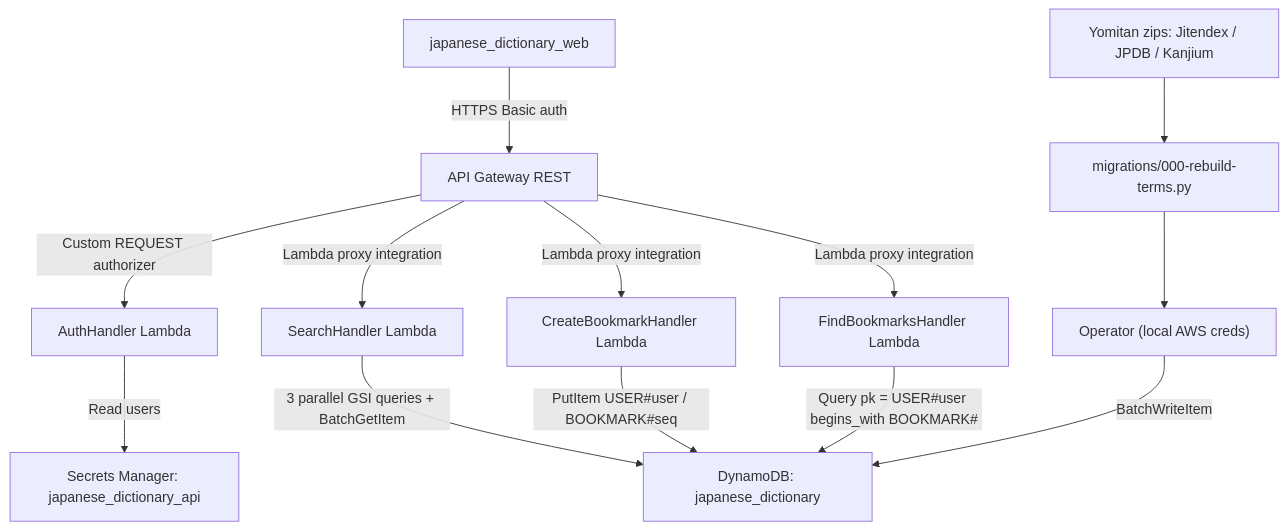
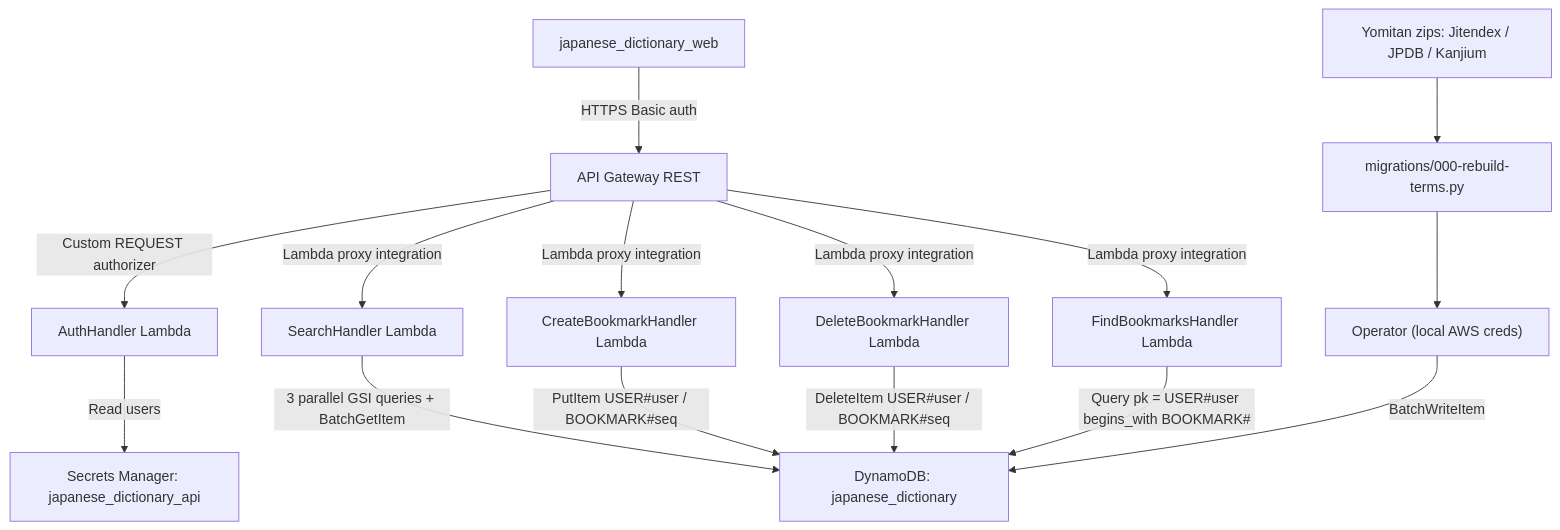
The first of 4 diagrams in japanese_dictionary_api/README.md (jordansimsmith/jordansimsmith-com), drawn with Mermaid before and after one commit. The commit also changed other lines of this file and 15 other files, not shown here.

````diff
--- a/japanese_dictionary_api/README.md
+++ b/japanese_dictionary_api/README.md
@@ -57,15 +56,17 @@
 ```mermaid
 flowchart TD
   webClient["japanese_dictionary_web"] -->|"HTTPS Basic auth"| apiGateway["API Gateway REST"]
   apiGateway -->|"Custom REQUEST authorizer"| authLambda["AuthHandler Lambda"]
   authLambda -->|"Read users"| secretsManager["Secrets Manager: japanese_dictionary_api"]
   apiGateway -->|"Lambda proxy integration"| searchLambda["SearchHandler Lambda"]
   apiGateway -->|"Lambda proxy integration"| createBookmarkLambda["CreateBookmarkHandler Lambda"]
+  apiGateway -->|"Lambda proxy integration"| deleteBookmarkLambda["DeleteBookmarkHandler Lambda"]
   apiGateway -->|"Lambda proxy integration"| findBookmarksLambda["FindBookmarksHandler Lambda"]
   searchLambda -->|"3 parallel GSI queries + BatchGetItem"| dynamoTable["DynamoDB: japanese_dictionary"]
   createBookmarkLambda -->|"PutItem USER#user / BOOKMARK#seq"| dynamoTable
+  deleteBookmarkLambda -->|"DeleteItem USER#user / BOOKMARK#seq"| dynamoTable
   findBookmarksLambda -->|"Query pk = USER#user begins_with BOOKMARK#"| dynamoTable
   operator["Operator (local AWS creds)"] -->|"BatchWriteItem"| dynamoTable
   zips["Yomitan zips: Jitendex / JPDB / Kanjium"] --> migration["migrations/000-rebuild-terms.py"]
   migration --> operator
 ```
````
